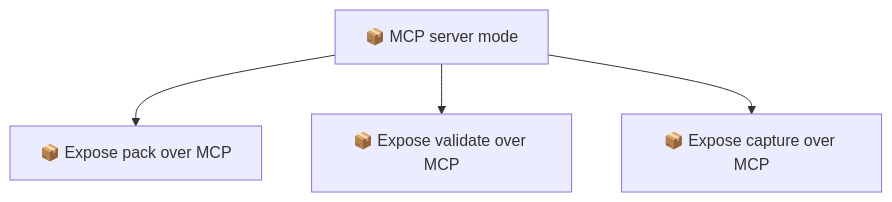
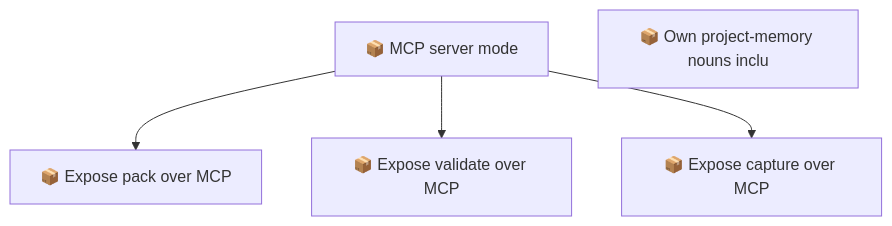
One commit to SpillwaveSolutions/project-knowledge-capture changed the second of 2 diagrams in docs/roadmap.md. Above: the diagram before and after it, drawn with Mermaid. The commit also changed other lines of this file and 26 other files, not shown here.

Commit message:
feat: own TicketLink, work types, and project-memory nouns 01M0SZFFPWEVN9YX9D9RYZ1ZC1 #54

````diff
--- a/docs/roadmap.md
+++ b/docs/roadmap.md
@@ -66,10 +74,11 @@
 ```mermaid
 graph TD
     01KZ75NQCMYGFYRCVJATEBVBRB["📦 MCP server mode"]
     01KZ75R3EXEG4GVGRP2S9CCKZ4["📦 Expose pack over MCP"]
     01KZ75R3M6BYQ643NKDCCSEEZC["📦 Expose validate over MCP"]
     01KZ75R3S2X1G4PCTGMMSR8BWA["📦 Expose capture over MCP"]
+    01M0SZFFPWEVN9YX9D9RYZ1ZC1["📦 Own project-memory nouns inclu"]
     01KZ75NQCMYGFYRCVJATEBVBRB --> 01KZ75R3EXEG4GVGRP2S9CCKZ4
     01KZ75NQCMYGFYRCVJATEBVBRB --> 01KZ75R3M6BYQ643NKDCCSEEZC
     01KZ75NQCMYGFYRCVJATEBVBRB --> 01KZ75R3S2X1G4PCTGMMSR8BWA
 ```
````
